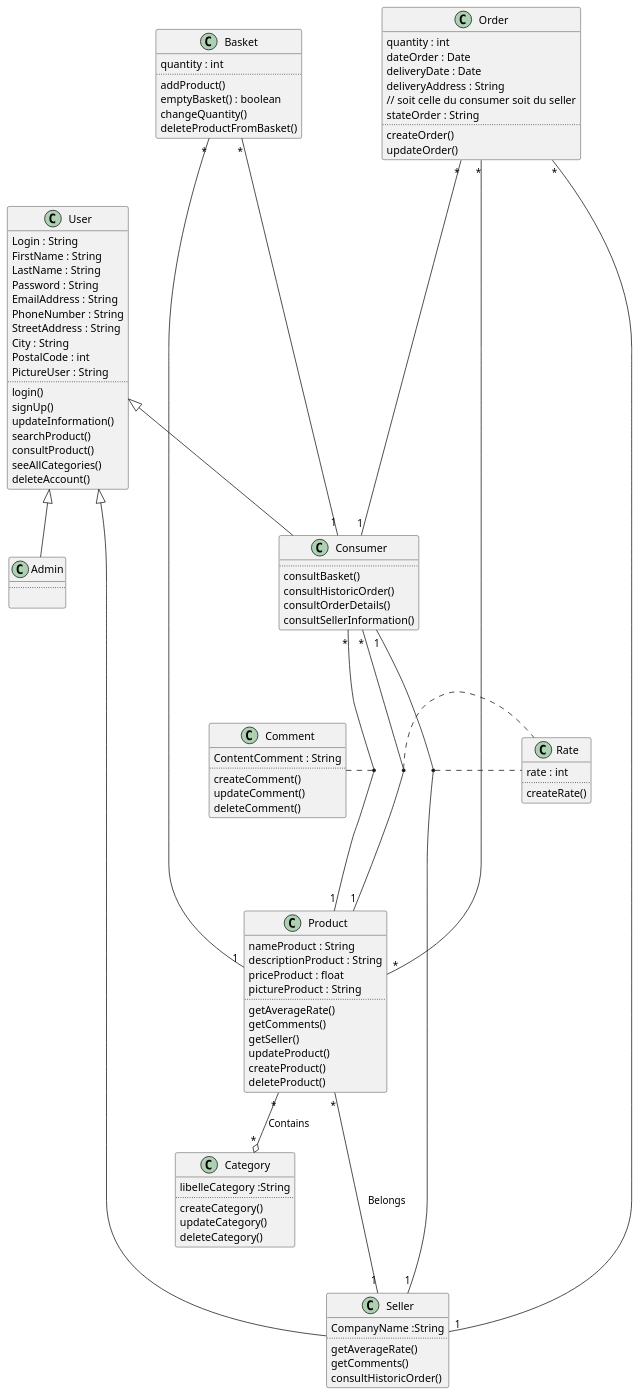
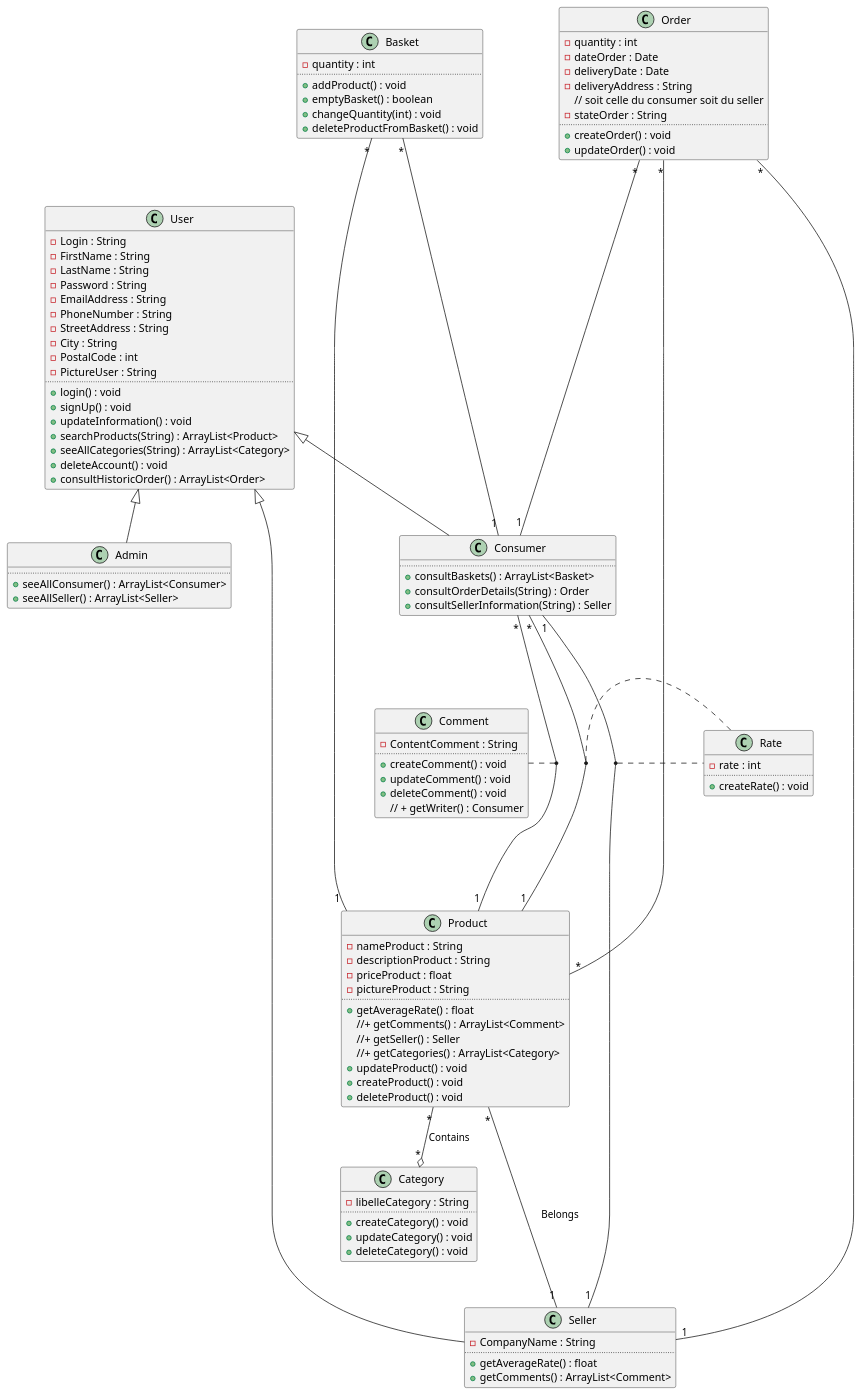
One commit to AnnaMasante/Mercat changed the diagram in src/ClassDiagramm.puml. Above: the diagram before and after it, drawn with PlantUML. The commit also changed other lines of this file, not shown here.

```diff
--- a/src/ClassDiagramm.puml
+++ b/src/ClassDiagramm.puml
@@ -1,126 +1,127 @@
 @startuml
 
 class User {
-    Login : String
-    FirstName : String
-    LastName : String
-    Password : String
-    EmailAddress : String
-    PhoneNumber : String
-    StreetAddress : String
-    City : String
-    PostalCode : int
-    PictureUser : String
+    - Login : String
+    - FirstName : String
+    - LastName : String
+    - Password : String
+    - EmailAddress : String
+    - PhoneNumber : String
+    - StreetAddress : String
+    - City : String
+    - PostalCode : int
+    - PictureUser : String
     ..
-    login()
-    signUp()
-    updateInformation()
-    searchProduct()
-    consultProduct()
-    seeAllCategories()
-    deleteAccount()
+    + login() : void
+    + signUp() : void
+    + updateInformation() : void
+    + searchProducts(String) : ArrayList<Product>
+    + seeAllCategories(String) : ArrayList<Category>
+    + deleteAccount() : void
+    + consultHistoricOrder() : ArrayList<Order>
 }
 
 class Consumer {
     ..
-    consultBasket()
-    consultHistoricOrder()
-    consultOrderDetails()
-    consultSellerInformation()
+    + consultBaskets() : ArrayList<Basket>
+    + consultOrderDetails(String) : Order
+    + consultSellerInformation(String) : Seller
 }
 
 class Seller {
-    CompanyName :String
+    - CompanyName : String
     ..
-    getAverageRate()
-    getComments()
-    consultHistoricOrder()
+    + getAverageRate() : float
+    + getComments() : ArrayList<Comment>
 }
 
 class Admin {
     ..
-
+    + seeAllConsumer() : ArrayList<Consumer>
+    + seeAllSeller() : ArrayList<Seller>
 }
 
 class Comment {
-    ContentComment : String
+    - ContentComment : String
     ..
-    createComment()
-    updateComment()
-    deleteComment()
+    + createComment() : void
+    + updateComment() : void
+    + deleteComment() : void
+    // + getWriter() : Consumer
 }
 
 class Rate {
-    rate : int
+    - rate : int
     ..
-    createRate()
+    + createRate() : void
 }
 
 class Product {
-    nameProduct : String
-    descriptionProduct : String
-    priceProduct : float
-    pictureProduct : String
+    - nameProduct : String
+    - descriptionProduct : String
+    - priceProduct : float
+    - pictureProduct : String
     ..
-    getAverageRate()
-    getComments()
-    getSeller()
-    updateProduct()
-    createProduct()
-    deleteProduct()
+    + getAverageRate() : float
+    //+ getComments() : ArrayList<Comment>
+    //+ getSeller() : Seller
+    //+ getCategories() : ArrayList<Category>
+    + updateProduct() : void
+    + createProduct() : void
+    + deleteProduct() : void
 }
 
 class Category {
-    libelleCategory :String
+    - libelleCategory : String
     ..
-    createCategory()
-    updateCategory()
-    deleteCategory()
+    + createCategory() : void
+    + updateCategory() : void
+    + deleteCategory() : void
 }
 
 class Order {
-    quantity : int
-    dateOrder : Date
-    deliveryDate : Date
-    deliveryAddress : String
+    - quantity : int
+    - dateOrder : Date
+    - deliveryDate : Date
+    - deliveryAddress : String
     // soit celle du consumer soit du seller
-    stateOrder : String
+    - stateOrder : String
     ..
-    createOrder()
-    updateOrder()
+    + createOrder() : void
+    + updateOrder() : void
 }
 
 class Basket {
-    quantity : int
+    - quantity : int
     ..
-    addProduct()
-    emptyBasket() : boolean
-    changeQuantity()
-    deleteProductFromBasket()
+    + addProduct() : void
+    + emptyBasket() : boolean
+    + changeQuantity(int) : void
+    + deleteProductFromBasket() : void
 }
 
 User <|-- Consumer
 User <|-- Seller
 User <|-- Admin
 
 Consumer "*" --- "1" Product
 (Consumer, Product) .. Comment
 
 Consumer "*" --- "1" Product
 (Consumer, Product) .. Rate
 
 Consumer "1" --- "1" Seller
 (Consumer, Seller) .. Rate
 
 Product "*" --o "*" Category : Contains
 Product "*" --- "1" Seller : Belongs
 
 Order "*" --- "1" Consumer
 Order "*" --- "1" Seller
 Order "*" --- "*" Product
 
 Basket "*" -- "1" Product
 Basket "*" --- "1" Consumer
 
 
 @enduml
```
